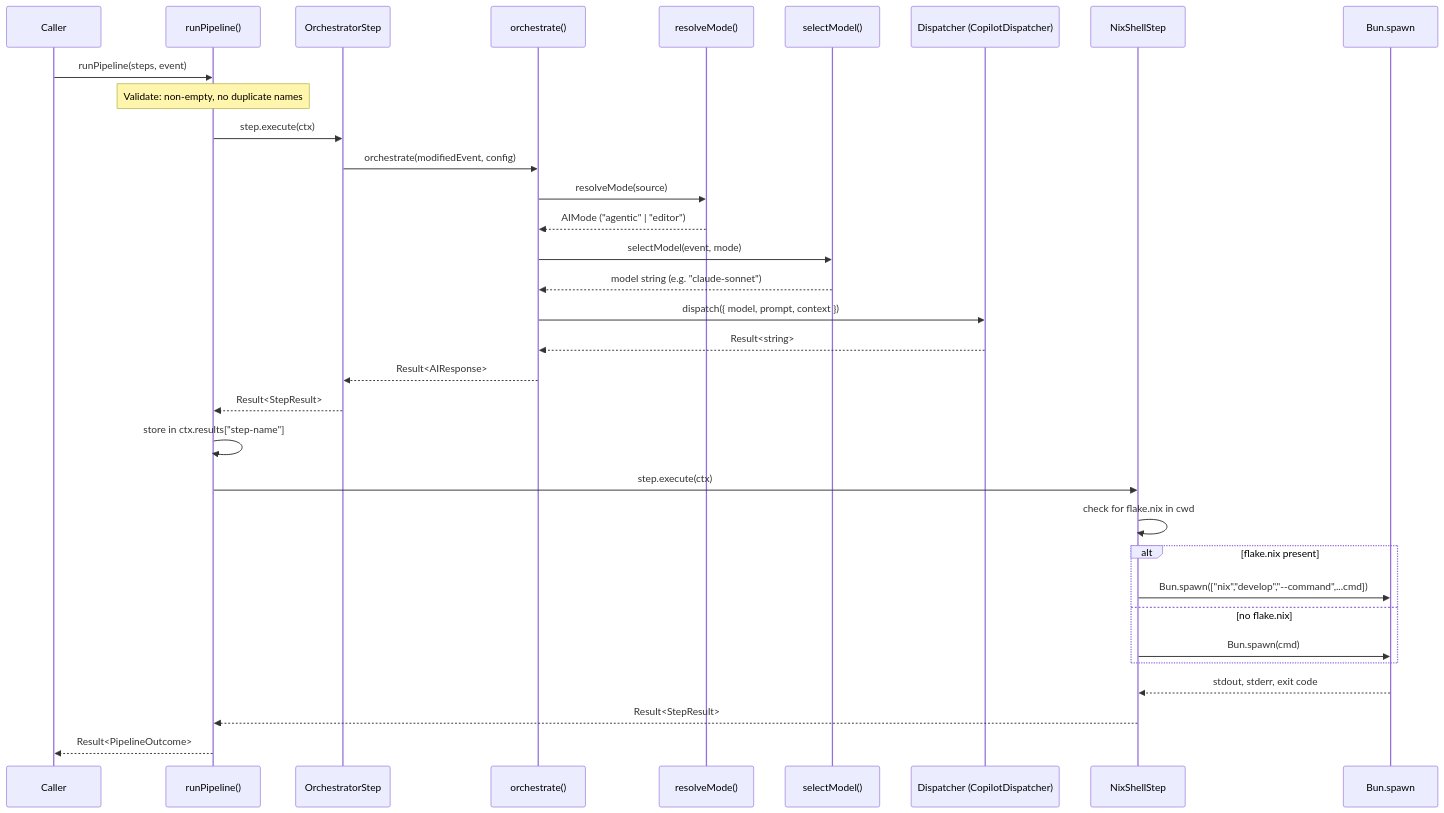
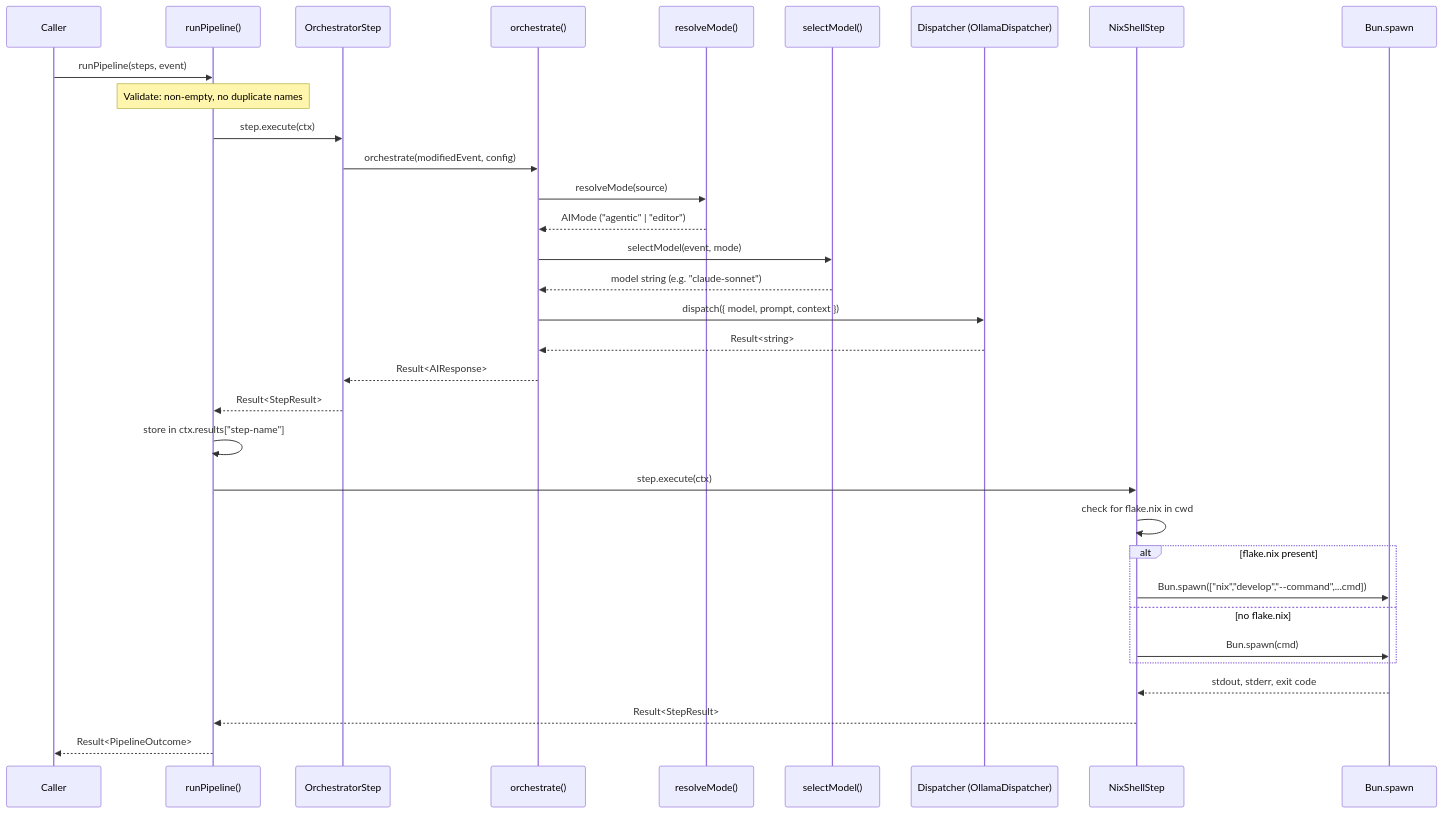
Before and after one commit to vansweej/ai-coding: the third of 3 diagrams in docs/architecture.md, drawn with Mermaid. The commit also changed other lines of this file and 22 other files, not shown here.

````diff
--- a/docs/architecture.md
+++ b/docs/architecture.md
@@ -121,41 +119,41 @@
 ```mermaid
 sequenceDiagram
     participant Caller
     participant Runner as runPipeline()
     participant OrcStep as OrchestratorStep
     participant Orch as orchestrate()
     participant Mode as resolveMode()
     participant Model as selectModel()
-    participant Disp as Dispatcher (CopilotDispatcher)
+    participant Disp as Dispatcher (OllamaDispatcher)
     participant Nix as NixShellStep
     participant Shell as Bun.spawn
 
     Caller->>Runner: runPipeline(steps, event)
 
     Note over Runner: Validate: non-empty, no duplicate names
 
     Runner->>OrcStep: step.execute(ctx)
     OrcStep->>Orch: orchestrate(modifiedEvent, config)
     Orch->>Mode: resolveMode(source)
     Mode-->>Orch: AIMode ("agentic" | "editor")
     Orch->>Model: selectModel(event, mode)
     Model-->>Orch: model string (e.g. "claude-sonnet")
     Orch->>Disp: dispatch({ model, prompt, context })
     Disp-->>Orch: Result<string>
     Orch-->>OrcStep: Result<AIResponse>
     OrcStep-->>Runner: Result<StepResult>
 
     Runner->>Runner: store in ctx.results["step-name"]
 
     Runner->>Nix: step.execute(ctx)
     Nix->>Nix: check for flake.nix in cwd
     alt flake.nix present
         Nix->>Shell: Bun.spawn(["nix","develop","--command",...cmd])
     else no flake.nix
         Nix->>Shell: Bun.spawn(cmd)
     end
     Shell-->>Nix: stdout, stderr, exit code
     Nix-->>Runner: Result<StepResult>
 
     Runner-->>Caller: Result<PipelineOutcome>
 ```
````
